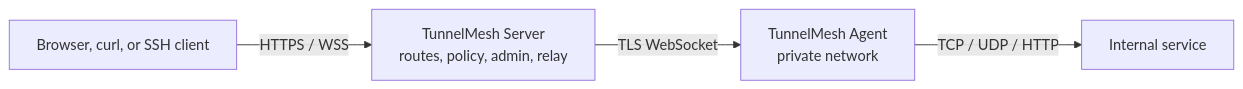
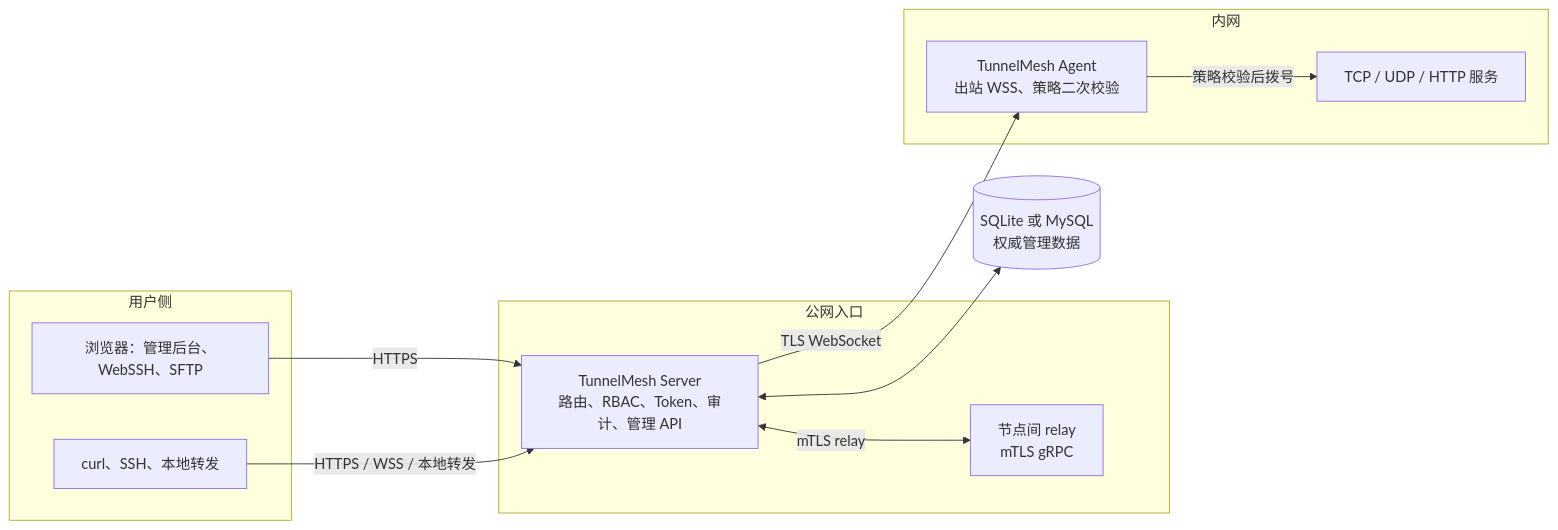
Before and after one commit to nnworld/TunnelMesh: the diagram in README.zh-CN.md, drawn with Mermaid. The commit also changed other lines of this file and 18 other files, not shown here.

````diff
--- a/README.zh-CN.md
+++ b/README.zh-CN.md
@@ -105,6 +106,26 @@
 ```mermaid
 flowchart LR
-    User[Browser, curl, or SSH client] -->|HTTPS / WSS| Server[TunnelMesh Server<br/>routes, policy, admin, relay]
-    Server -->|TLS WebSocket| Agent[TunnelMesh Agent<br/>private network]
-    Agent -->|TCP / UDP / HTTP| Service[Internal service]
+    subgraph UserSide [用户侧]
+        Browser[浏览器：管理后台、WebSSH、SFTP]
+        CLI[curl、SSH、本地转发]
+    end
+
+    subgraph Edge [公网入口]
+        Server[TunnelMesh Server<br/>路由、RBAC、Token、审计、管理 API]
+        Relay[节点间 relay<br/>mTLS gRPC]
+    end
+
+    subgraph Private [内网]
+        Agent[TunnelMesh Agent<br/>出站 WSS、策略二次校验]
+        Service[TCP / UDP / HTTP 服务]
+    end
+
+    Store[(SQLite 或 MySQL<br/>权威管理数据)]
+
+    Browser -->|HTTPS| Server
+    CLI -->|HTTPS / WSS / 本地转发| Server
+    Server <-->|mTLS relay| Relay
+    Server -->|TLS WebSocket| Agent
+    Agent -->|策略校验后拨号| Service
+    Server <--> Store
 ```
````
